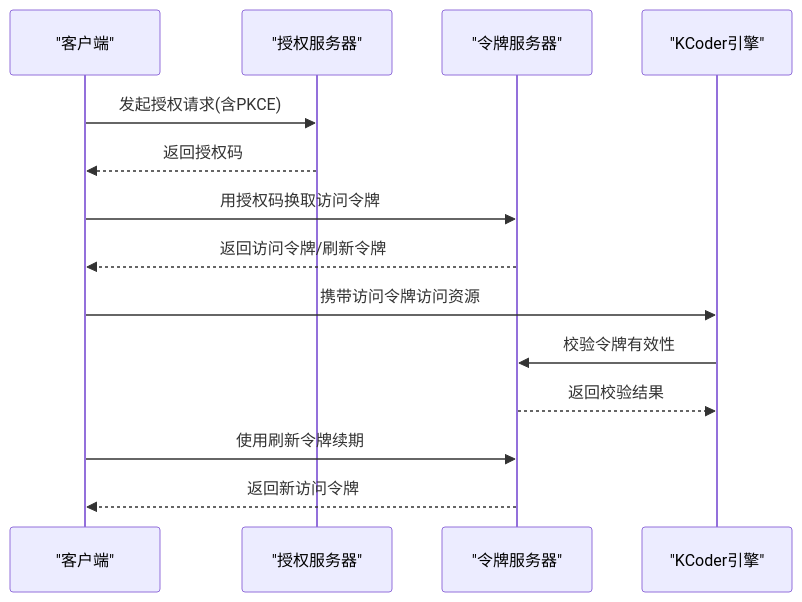
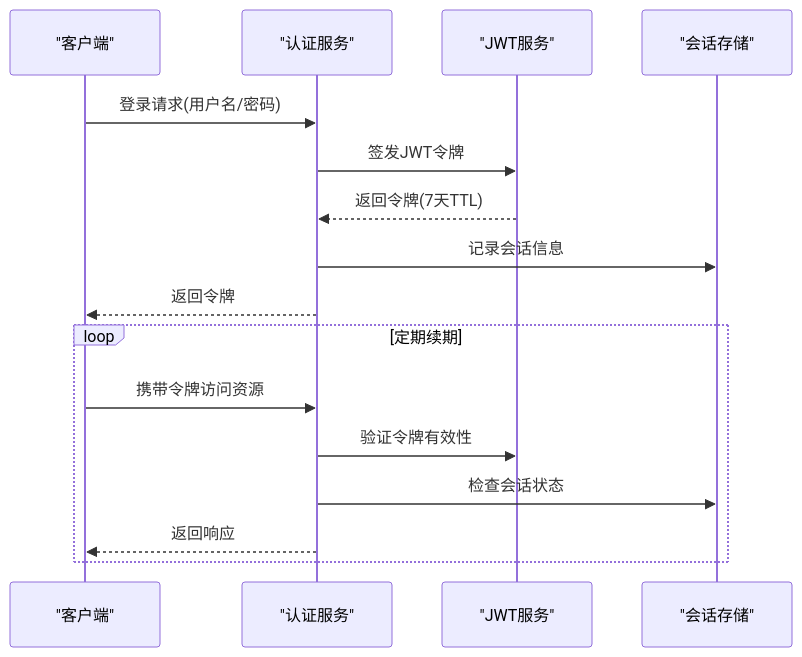
Before and after one commit to kkutysllb/KCoder: the fourth of 7 diagrams in .qoder/repowiki/zh/content/适配器层/网络适配器/网络安全机制/身份认证机制.md, drawn with Mermaid. The commit also changed other lines of this file and 141 other files, not shown here.

````diff
--- a/.qoder/repowiki/zh/content/适配器层/网络适配器/网络安全机制/身份认证机制.md
+++ b/.qoder/repowiki/zh/content/适配器层/网络适配器/网络安全机制/身份认证机制.md
@@ -155,16 +160,18 @@
 ```mermaid
 sequenceDiagram
 participant Client as "客户端"
-participant Authz as "授权服务器"
-participant Token as "令牌服务器"
-participant App as "KCoder引擎"
-Client->>Authz : 发起授权请求(含PKCE)
-Authz-->>Client : 返回授权码
-Client->>Token : 用授权码换取访问令牌
-Token-->>Client : 返回访问令牌/刷新令牌
-Client->>App : 携带访问令牌访问资源
-App->>Token : 校验令牌有效性
-Token-->>App : 返回校验结果
-Client->>Token : 使用刷新令牌续期
-Token-->>Client : 返回新访问令牌
+participant Auth as "认证服务"
+participant Token as "JWT服务"
+participant Store as "会话存储"
+Client->>Auth : 登录请求(用户名/密码)
+Auth->>Token : 签发JWT令牌
+Token-->>Auth : 返回令牌(7天TTL)
+Auth->>Store : 记录会话信息
+Auth-->>Client : 返回令牌
+loop 定期续期
+Client->>Auth : 携带令牌访问资源
+Auth->>Token : 验证令牌有效性
+Auth->>Store : 检查会话状态
+Auth-->>Client : 返回响应
+end
 ```
````
